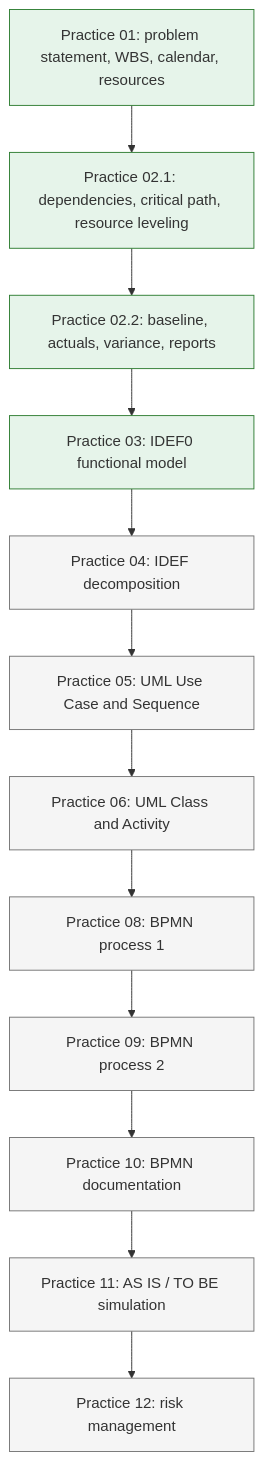
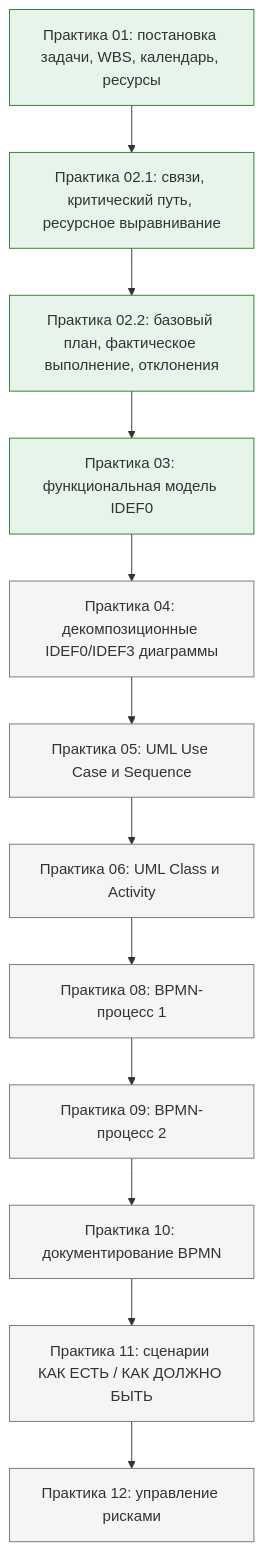
The second of 5 diagrams in docs/visuals/project-dashboard.md (andreyobloff/IntelCarPricing), drawn with Mermaid before and after one commit. The commit also changed other lines of this file, not shown here.

````diff
--- a/docs/visuals/project-dashboard.md
+++ b/docs/visuals/project-dashboard.md
@@ -36,22 +36,22 @@
 ```mermaid
 flowchart TD
-    P01["Practice 01: problem statement, WBS, calendar, resources"]
-    P021["Practice 02.1: dependencies, critical path, resource leveling"]
-    P022["Practice 02.2: baseline, actuals, variance, reports"]
-    P03["Practice 03: IDEF0 functional model"]
-    P04["Practice 04: IDEF decomposition"]
-    P05["Practice 05: UML Use Case and Sequence"]
-    P06["Practice 06: UML Class and Activity"]
-    P08["Practice 08: BPMN process 1"]
-    P09["Practice 09: BPMN process 2"]
-    P10["Practice 10: BPMN documentation"]
-    P11["Practice 11: AS IS / TO BE simulation"]
-    P12["Practice 12: risk management"]
+    P01["Практика 01: постановка задачи, WBS, календарь, ресурсы"]
+    P021["Практика 02.1: связи, критический путь, ресурсное выравнивание"]
+    P022["Практика 02.2: базовый план, фактическое выполнение, отклонения"]
+    P03["Практика 03: функциональная модель IDEF0"]
+    P04["Практика 04: декомпозиционные IDEF0/IDEF3 диаграммы"]
+    P05["Практика 05: UML Use Case и Sequence"]
+    P06["Практика 06: UML Class и Activity"]
+    P08["Практика 08: BPMN-процесс 1"]
+    P09["Практика 09: BPMN-процесс 2"]
+    P10["Практика 10: документирование BPMN"]
+    P11["Практика 11: сценарии КАК ЕСТЬ / КАК ДОЛЖНО БЫТЬ"]
+    P12["Практика 12: управление рисками"]
 
     P01 --> P021 --> P022 --> P03 --> P04 --> P05 --> P06 --> P08 --> P09 --> P10 --> P11 --> P12
 
     classDef done fill:#e6f4ea,stroke:#2e7d32,stroke-width:1px;
     classDef planned fill:#f5f5f5,stroke:#757575,stroke-width:1px;
     class P01,P021,P022,P03 done;
     class P04,P05,P06,P08,P09,P10,P11,P12 planned;
 ```
````
